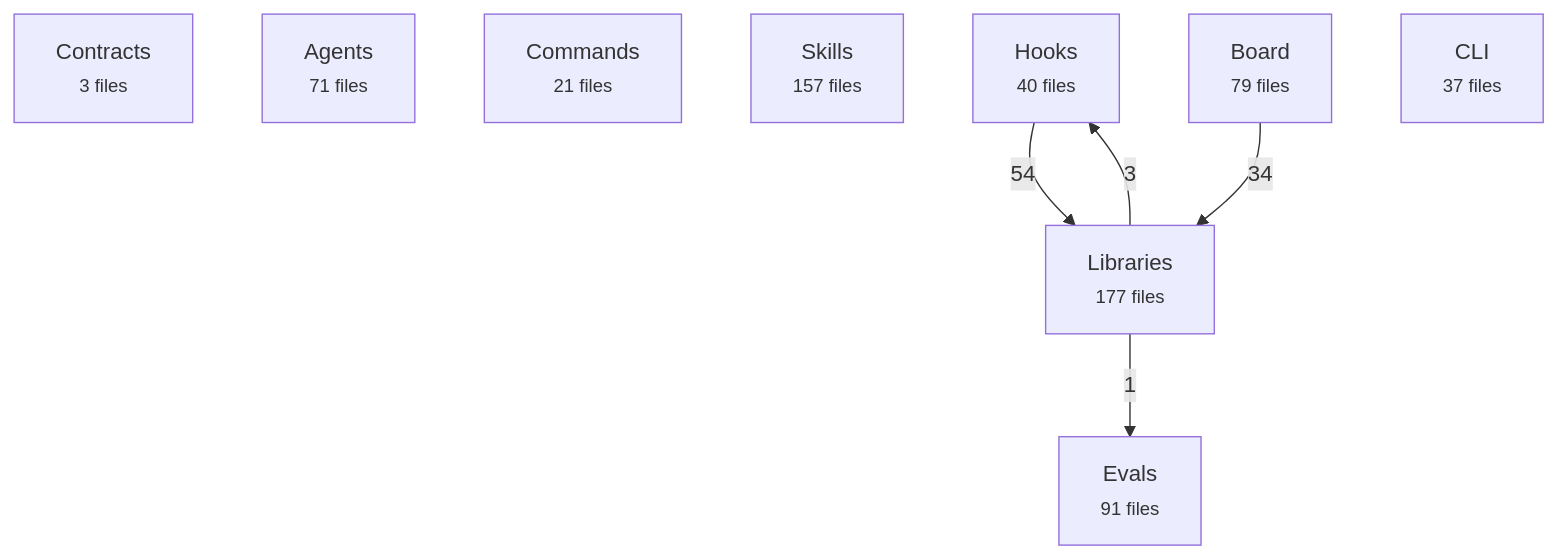
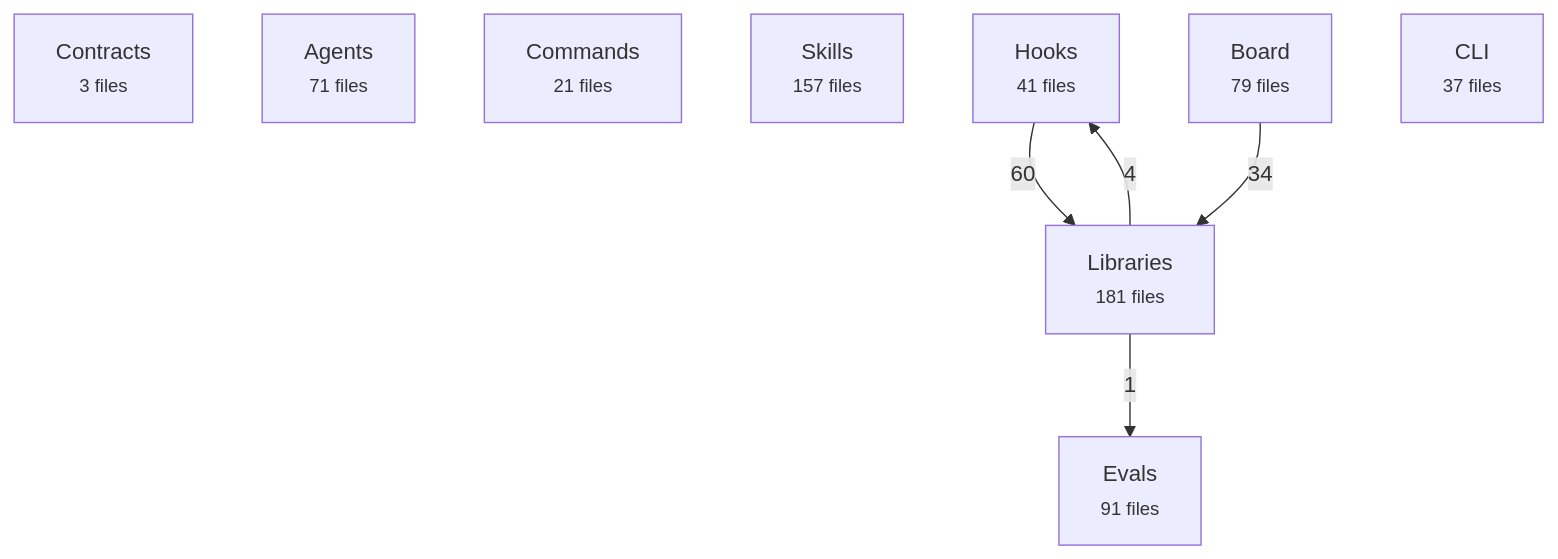
One commit to avelikiy/great_cto changed the first of 2 diagrams in docs/reference/architecture-map.md. Above: the diagram before and after it, drawn with Mermaid. The commit also changed other lines of this file and 22 other files, not shown here.

````diff
--- a/docs/reference/architecture-map.md
+++ b/docs/reference/architecture-map.md
@@ -20,16 +20,16 @@
 ```mermaid
 flowchart TD
   contracts["Contracts<br/><small>3 files</small>"]
   agents["Agents<br/><small>71 files</small>"]
   commands["Commands<br/><small>21 files</small>"]
   skills["Skills<br/><small>157 files</small>"]
-  hooks["Hooks<br/><small>40 files</small>"]
-  libs["Libraries<br/><small>177 files</small>"]
+  hooks["Hooks<br/><small>41 files</small>"]
+  libs["Libraries<br/><small>181 files</small>"]
   board["Board<br/><small>79 files</small>"]
   cli["CLI<br/><small>37 files</small>"]
   evals["Evals<br/><small>91 files</small>"]
-  hooks -->|54| libs
+  hooks -->|60| libs
   board -->|34| libs
-  libs -->|3| hooks
+  libs -->|4| hooks
   libs -->|1| evals
 ```
````
